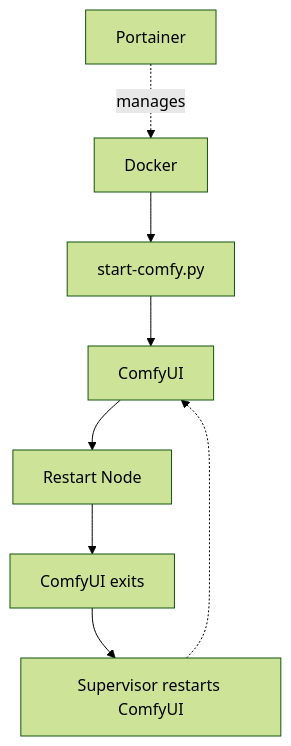
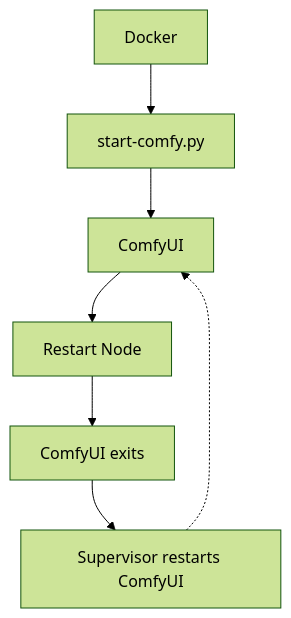
One commit to nadamas2000/comfy-restart changed the third of 4 diagrams in README.md. Above: the diagram before and after it, drawn with Mermaid (forest theme).

Commit message:
Simplify Docker diagram: rename first node to Docker only

````diff
--- a/README.md
+++ b/README.md
@@ -325,10 +325,9 @@
 ```mermaid
 flowchart TD
-    P[Portainer] -.->|manages| D[Docker]
-    D --> S[start-comfy.py]
-    S --> C[ComfyUI]
-    C --> R[Restart Node]
-    R --> X[ComfyUI exits]
-    X --> F[Supervisor restarts ComfyUI]
+    A[Docker] --> B[start-comfy.py]
+    B --> C[ComfyUI]
+    C --> D[Restart Node]
+    D --> E[ComfyUI exits]
+    E --> F[Supervisor restarts ComfyUI]
     F -.-> C
 ```
````
